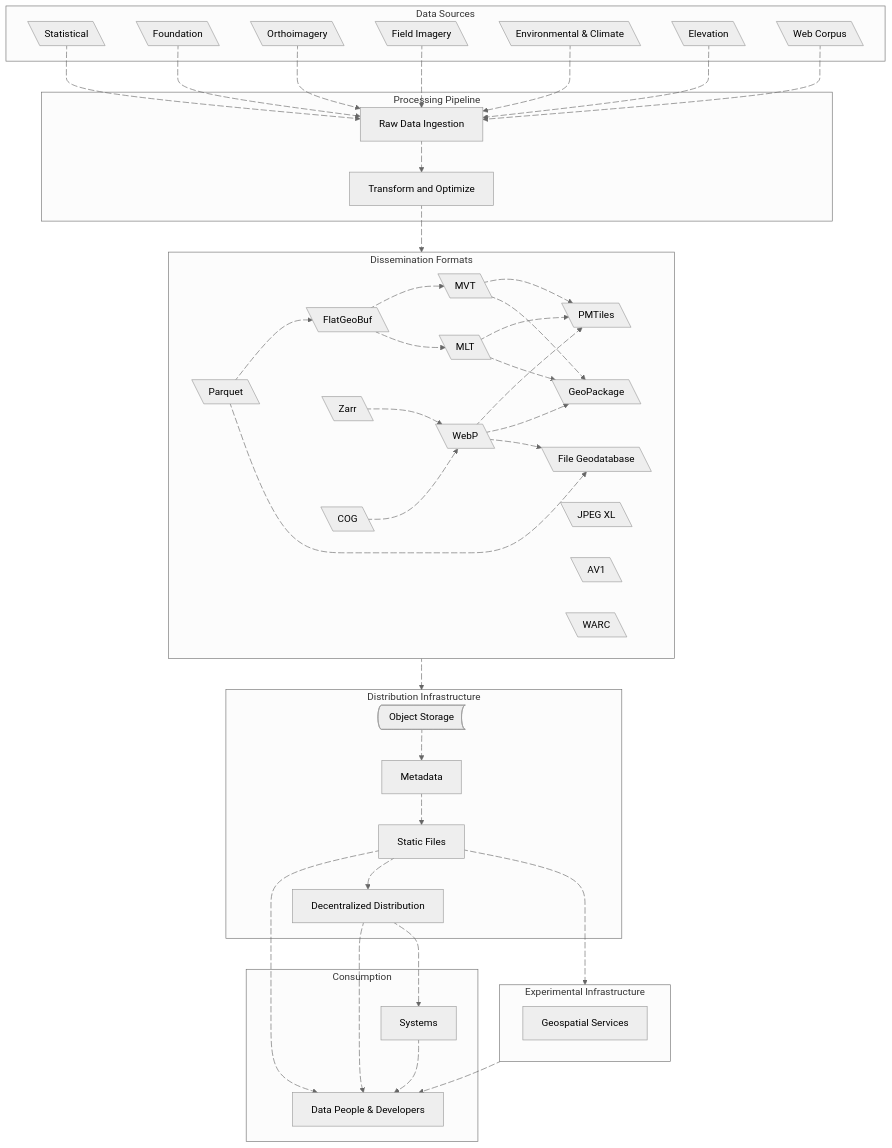
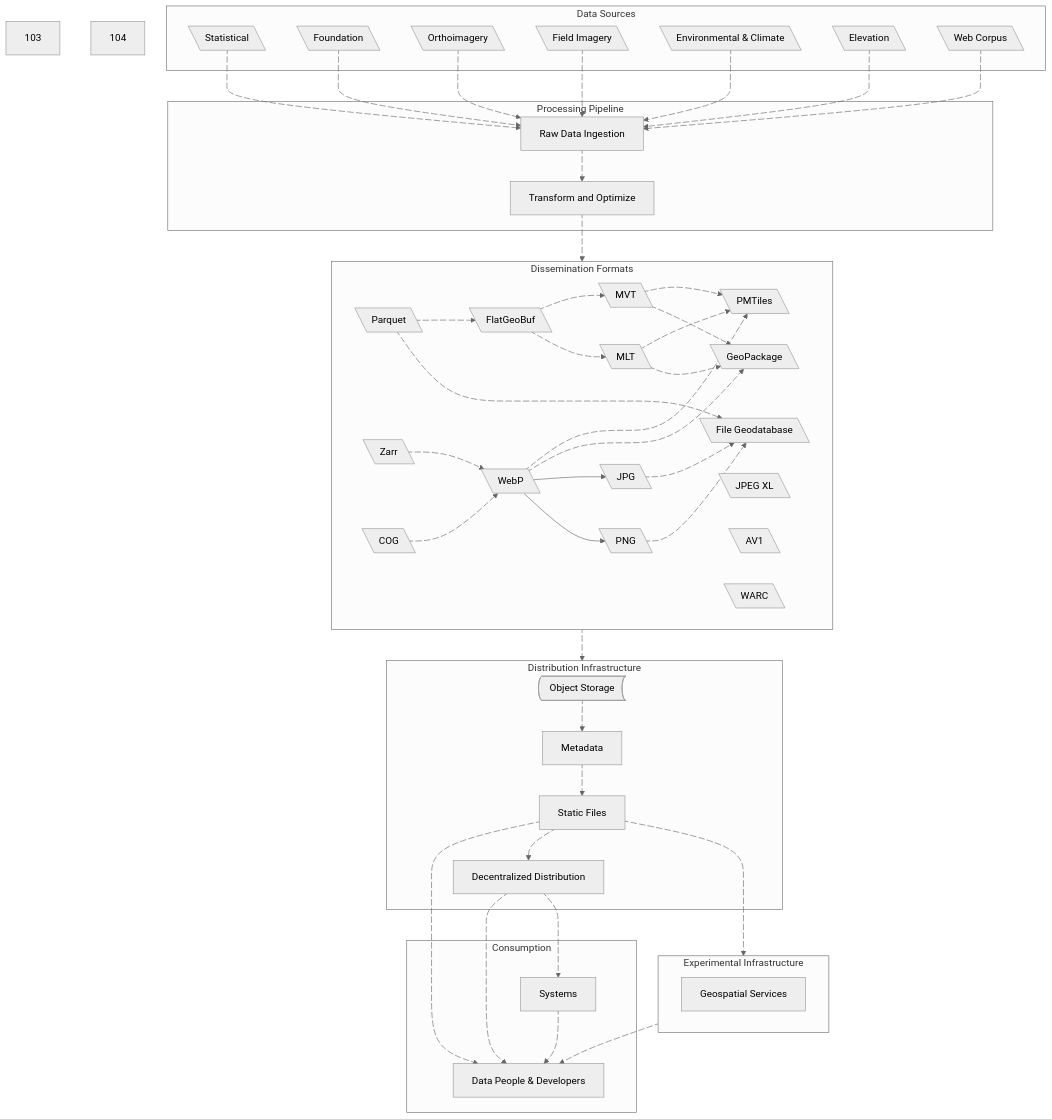
The diagram in content/_index.md (dataforcanada/www.dataforcanada.org), drawn with Mermaid (neutral theme) before and after one commit.

Commit message:
For those 'actually, file geodatabase does not support WebP people 😂

```diff
--- a/content/_index.md
+++ b/content/_index.md
@@ -85,6 +85,8 @@
         COG@{ shape: lean-l}
         Zarr@{ shape: lean-l}
         WebP@{ shape: lean-l}
+        JPG@{ shape: lean-l}
+        PNG@{ shape: lean-l}
         JPEGXL@{ shape: lean-l, label: "JPEG XL"}
         AV1@{ shape: lean-l, label: "AV1"}
         WARC@{ shape: lean-l}
@@ -157,8 +159,14 @@
     a93@{animate: true, animation: slow}
     WebP a94@--> GeoPackage
     a94@{animate: true, animation: slow}
-	WebP a101@--> FileGeodatabase
+    WebP a103@--> JPG
+    103@{animate: true, animation: slow}
+    WebP a104@--> PNG
+    104@{animate: true, animation: slow}
+	JPG a101@--> FileGeodatabase
     a101@{animate: true, animation: slow}
+	PNG a102@--> FileGeodatabase
+    a102@{animate: true, animation: slow}
     ObjectStorage a15@--> Metadata
     a15@{animate: true, animation: slow}
     Metadata a16@--> HTTP
```
